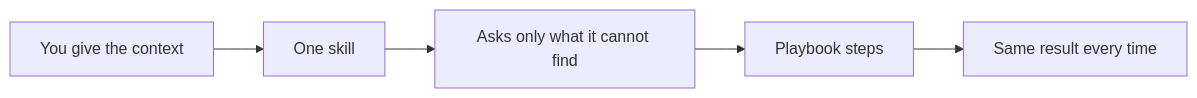
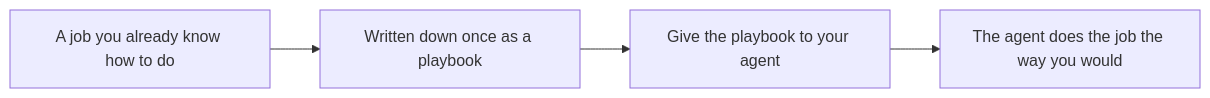
Before and after one commit to foundrvibe/playbooks-for-agents: the diagram in README.md, drawn with Mermaid. The commit also changed other lines of this file, not shown here.

Commit message:
Refine README.md to improve playbook definition and flowchart representation
- Clarified the definition of a playbook, emphasizing the agent's role in executing tasks.
- Updated the flowchart to better illustrate the playbook process and the relationship between jobs and agents.
- Enhanced overall readability and understanding of the playbook framework.

````diff
--- a/README.md
+++ b/README.md
@@ -7,7 +7,6 @@
 ```mermaid
 flowchart LR
-  you[You give the context] --> skill[One skill]
-  skill --> ask[Asks only what it cannot find]
-  ask --> steps[Playbook steps]
-  steps --> result[Same result every time]
+  job[A job you already know how to do] --> playbook[Written down once as a playbook]
+  playbook --> give[Give the playbook to your agent]
+  give --> result[The agent does the job the way you would]
 ```
````
